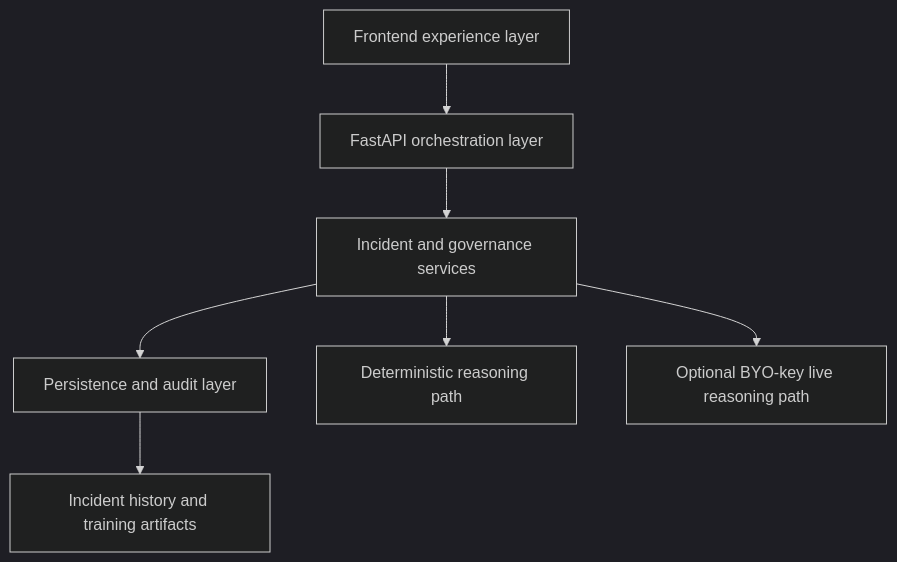
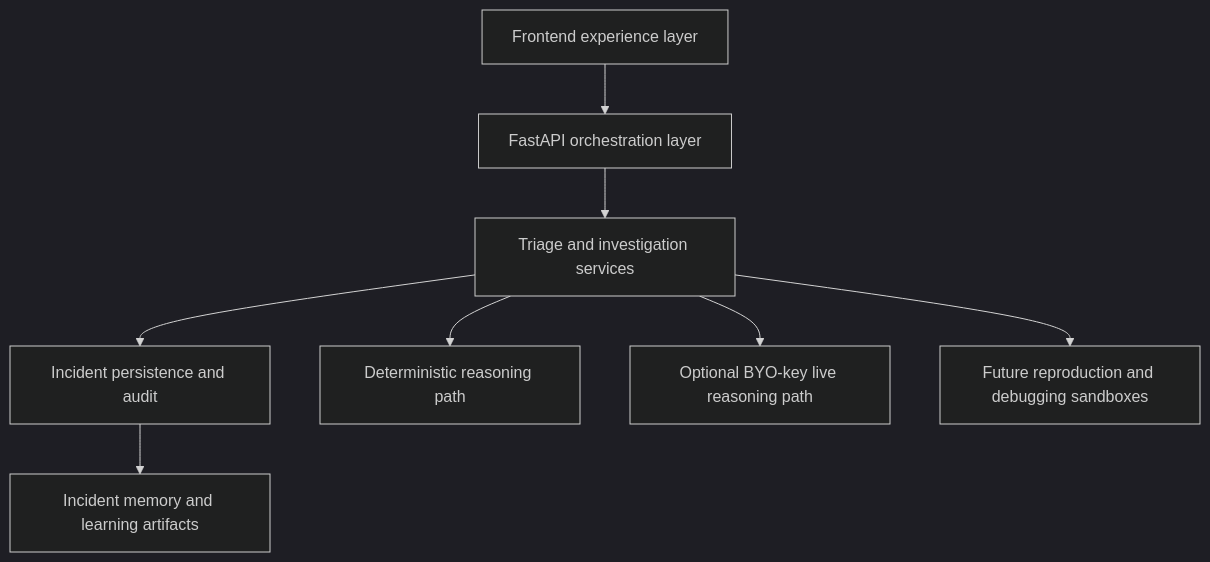
The second of 2 diagrams in README.md (kunalkachru/nexus-v2), drawn with Mermaid (dark theme) before and after one commit. The commit also changed other lines of this file and 10 other files, not shown here.

````diff
--- a/README.md
+++ b/README.md
@@ -164,9 +231,10 @@
 ```mermaid
 flowchart TD
     A["Frontend experience layer"] --> B["FastAPI orchestration layer"]
-    B --> C["Incident and governance services"]
-    C --> D["Persistence and audit layer"]
+    B --> C["Triage and investigation services"]
+    C --> D["Incident persistence and audit"]
     C --> E["Deterministic reasoning path"]
     C --> F["Optional BYO-key live reasoning path"]
-    D --> G["Incident history and training artifacts"]
+    D --> G["Incident memory and learning artifacts"]
+    C --> H["Future reproduction and debugging sandboxes"]
 ```
````
